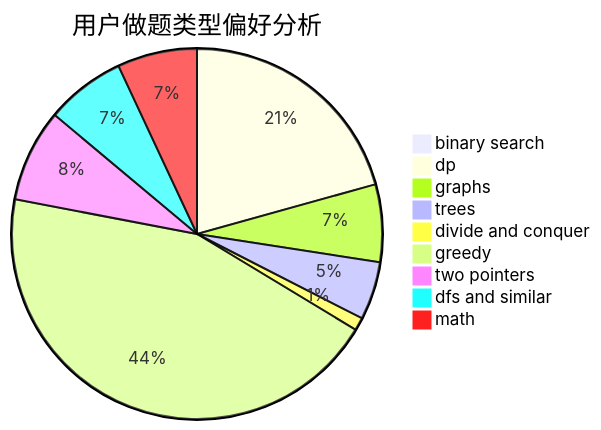
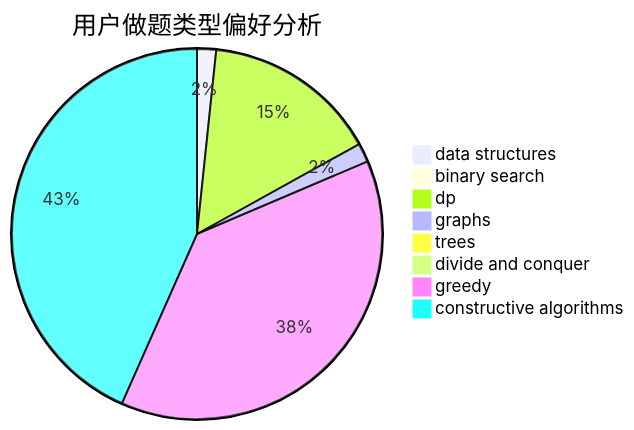
Before and after one commit to sherpahu/cfrs.github.io: the second of 3 diagrams in docs/user/u2253.md, drawn with Mermaid. The commit also changed other lines of this file and 2775 other files, not shown here.

````diff
--- a/docs/user/u2253.md
+++ b/docs/user/u2253.md
@@ -23,12 +23,11 @@
 ```mermaid
 pie title 用户做题类型偏好分析
-    "binary search" :  4
-    "dp" :  110
-    "graphs" :  36
-    "trees" :  27
-    "divide and conquer" :  6
-    "greedy" :  236
-    "two pointers" :  43
-    "dfs and similar" :  37
-    "math" :  37
+    "data structures" :  10
+    "binary search" :  2
+    "dp" :  92
+    "graphs" :  10
+    "trees" :  6
+    "divide and conquer" :  0
+    "greedy" :  229
+    "constructive algorithms" :  261
 ```
````
